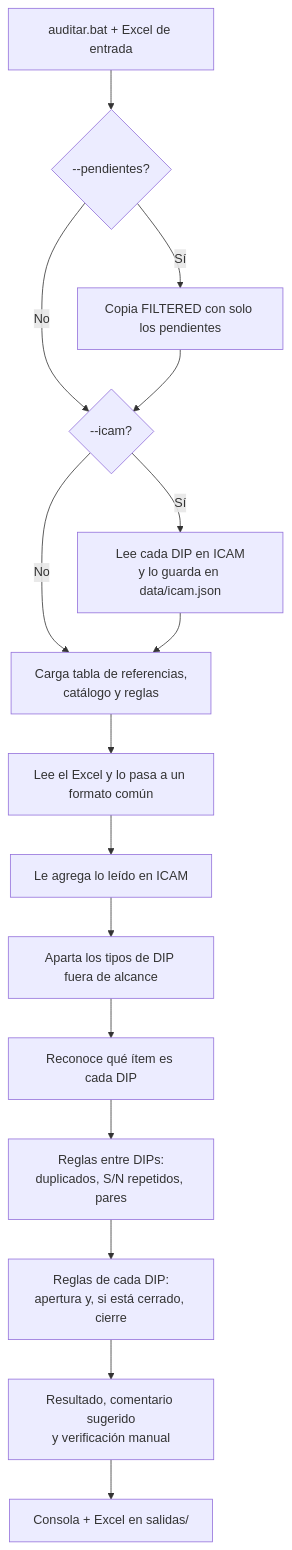
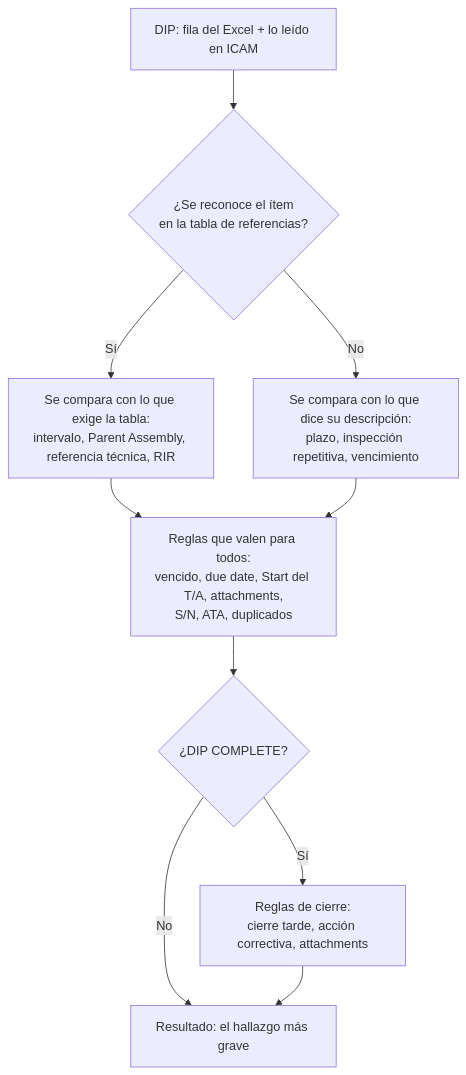
The diagram in COMO_FUNCIONA.md (lviloriabas/dips), drawn with Mermaid before and after one commit. The commit also changed other lines of this file, not shown here.

Commit message:
COMO_FUNCIONA reescrito en prosa, con un solo diagrama (el recorrido de un DIP)

````diff
--- a/COMO_FUNCIONA.md
+++ b/COMO_FUNCIONA.md
@@ -59,18 +23,12 @@
 ```mermaid
 flowchart TD
-    A[auditar.bat + Excel de entrada] --> B{--pendientes?}
-    B -- Sí --> F[Copia FILTERED con solo los pendientes]
-    B -- No --> C
-    F --> C{--icam?}
-    C -- Sí --> I[Lee cada DIP en ICAM<br/>y lo guarda en data/icam.json]
-    C -- No --> R
-    I --> R[Carga tabla de referencias,<br/>catálogo y reglas]
-    R --> L[Lee el Excel y lo pasa a un formato común]
-    L --> J[Le agrega lo leído en ICAM]
-    J --> K[Aparta los tipos de DIP fuera de alcance]
-    K --> AS[Reconoce qué ítem es cada DIP]
-    AS --> LO[Reglas entre DIPs:<br/>duplicados, S/N repetidos, pares]
-    LO --> RD[Reglas de cada DIP:<br/>apertura y, si está cerrado, cierre]
-    RD --> RES[Resultado, comentario sugerido<br/>y verificación manual]
-    RES --> S[Consola + Excel en salidas/]
+    A[DIP: fila del Excel + lo leído en ICAM] --> B{¿Se reconoce el ítem<br/>en la tabla de referencias?}
+    B -- Sí --> C[Se compara con lo que exige la tabla:<br/>intervalo, Parent Assembly, referencia técnica, RIR]
+    B -- No --> D[Se compara con lo que dice su descripción:<br/>plazo, inspección repetitiva, vencimiento]
+    C --> E[Reglas que valen para todos:<br/>vencido, due date, Start del T/A, attachments,<br/>S/N, ATA, duplicados]
+    D --> E
+    E --> F{¿DIP COMPLETE?}
+    F -- Sí --> G[Reglas de cierre:<br/>cierre tarde, acción correctiva, attachments]
+    F -- No --> H[Resultado: el hallazgo más grave]
+    G --> H
 ```
````
